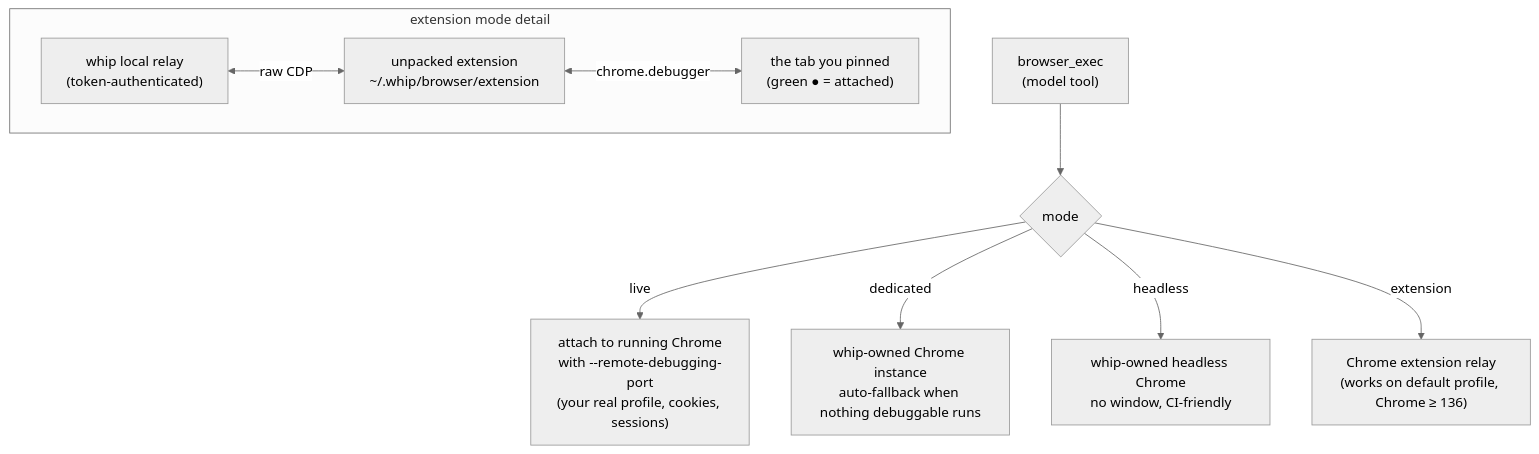
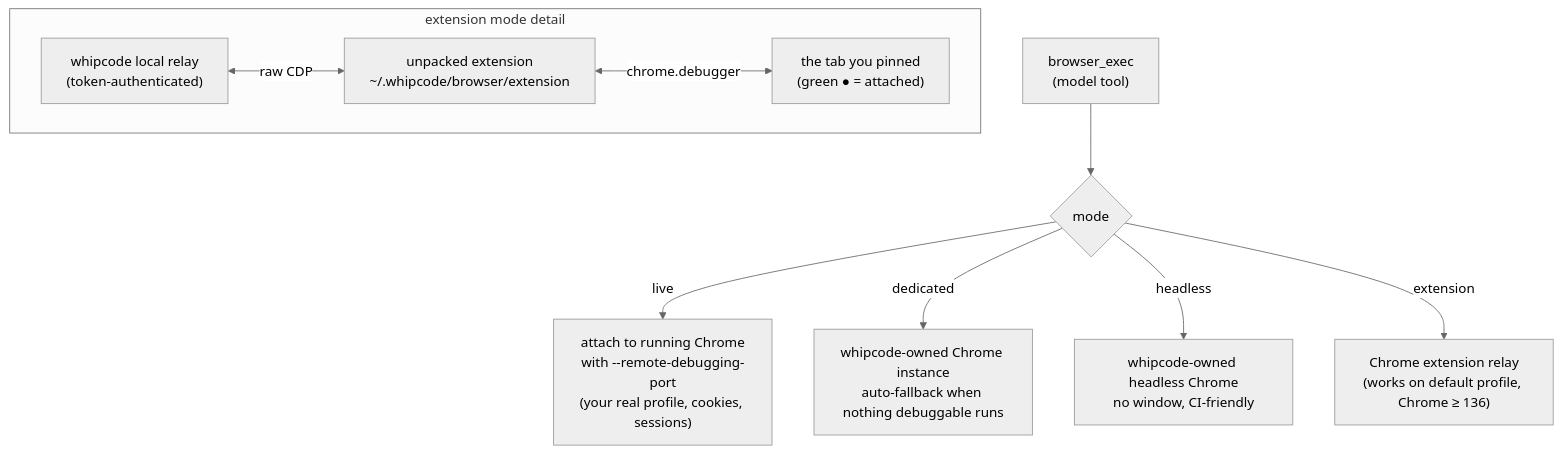
One commit to context-labs/whip changed the first of 2 diagrams in docs/browser-computer-use.md. Above: the diagram before and after it, drawn with Mermaid (neutral theme). The commit also changed other lines of this file and 101 other files, not shown here.

````diff
--- a/docs/browser-computer-use.md
+++ b/docs/browser-computer-use.md
@@ -12,13 +12,13 @@
 ```mermaid
 flowchart TB
     BE["browser_exec<br/>(model tool)"] --> SEL{mode}
     SEL -->|live| L["attach to running Chrome<br/>with --remote-debugging-port<br/>(your real profile, cookies, sessions)"]
-    SEL -->|dedicated| DED["whip-owned Chrome instance<br/>auto-fallback when nothing debuggable runs"]
-    SEL -->|headless| H["whip-owned headless Chrome<br/>no window, CI-friendly"]
+    SEL -->|dedicated| DED["whipcode-owned Chrome instance<br/>auto-fallback when nothing debuggable runs"]
+    SEL -->|headless| H["whipcode-owned headless Chrome<br/>no window, CI-friendly"]
     SEL -->|extension| EXTMODE["Chrome extension relay<br/>(works on default profile, Chrome ≥ 136)"]
 
     subgraph EXT["extension mode detail"]
-        W["whip local relay<br/>(token-authenticated)"] <-->|raw CDP| X["unpacked extension<br/>~/.whip/browser/extension"]
+        W["whipcode local relay<br/>(token-authenticated)"] <-->|raw CDP| X["unpacked extension<br/>~/.whipcode/browser/extension"]
         X <-->|chrome.debugger| TAB["the tab you pinned<br/>(green ● = attached)"]
     end
 ```
````
